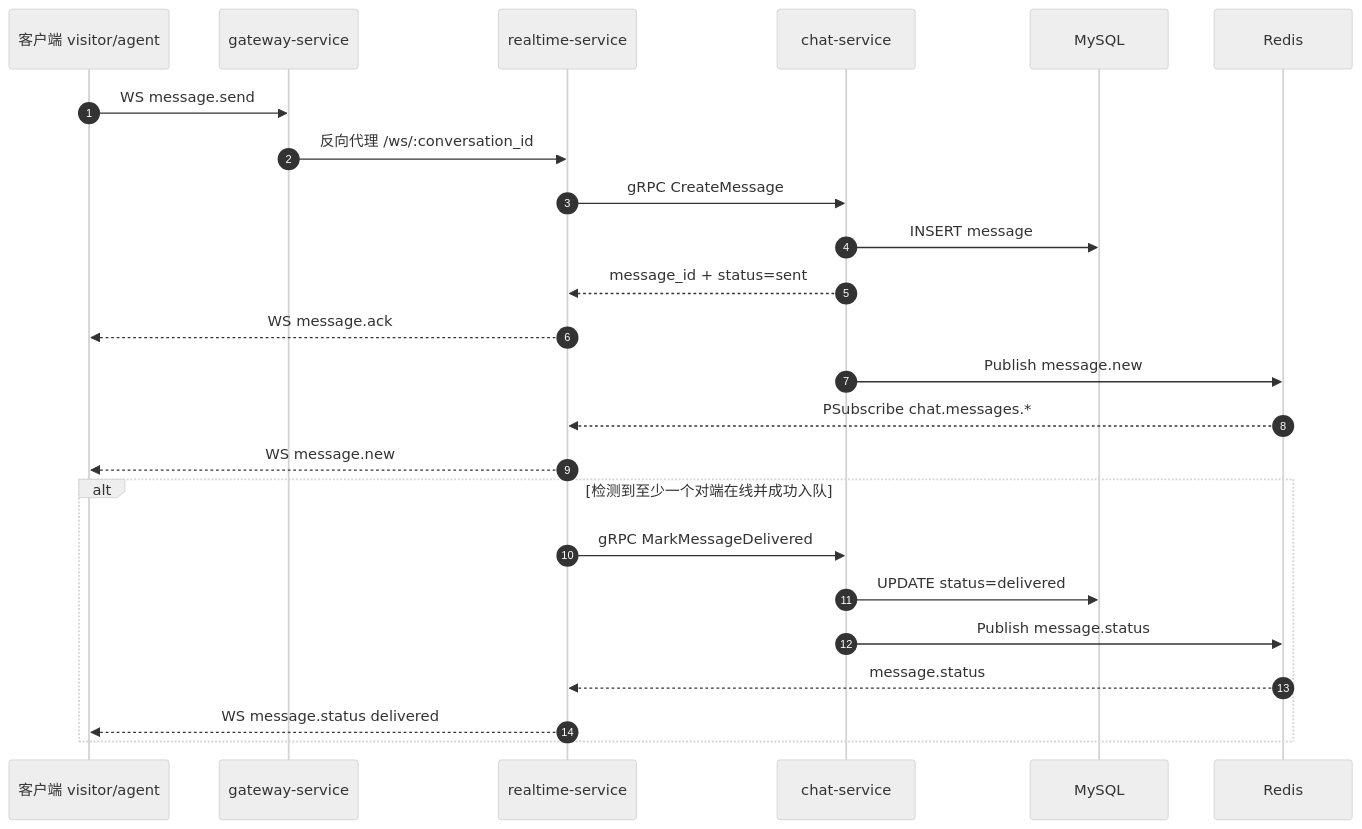
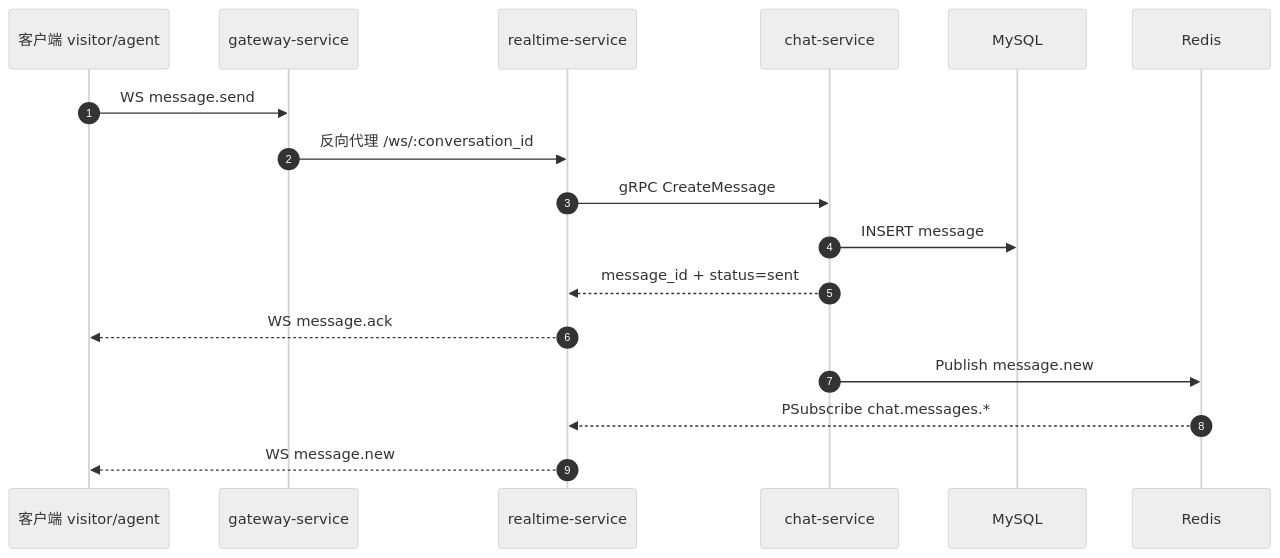
The third of 8 diagrams in docs/Mermaid.md (mituyang/InlineChat), drawn with Mermaid (neutral theme) before and after one commit. The commit also changed other lines of this file and 31 other files, not shown here.

````diff
--- a/docs/Mermaid.md
+++ b/docs/Mermaid.md
@@ -99,29 +98,21 @@
 ```mermaid
 sequenceDiagram
   autonumber
   participant C as 客户端 visitor/agent
   participant GW as gateway-service
   participant RT as realtime-service
   participant CH as chat-service
   participant DB as MySQL
   participant RD as Redis
 
   C->>GW: WS message.send
   GW->>RT: 反向代理 /ws/:conversation_id
   RT->>CH: gRPC CreateMessage
   CH->>DB: INSERT message
   CH-->>RT: message_id + status=sent
   RT-->>C: WS message.ack
 
   CH->>RD: Publish message.new
   RD-->>RT: PSubscribe chat.messages.*
   RT-->>C: WS message.new
-
-  alt 检测到至少一个对端在线并成功入队
-    RT->>CH: gRPC MarkMessageDelivered
-    CH->>DB: UPDATE status=delivered
-    CH->>RD: Publish message.status
-    RD-->>RT: message.status
-    RT-->>C: WS message.status delivered
-  end
 ```
````
